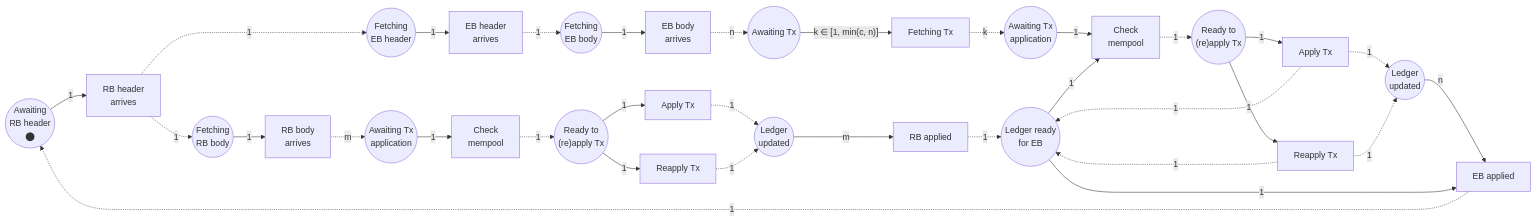
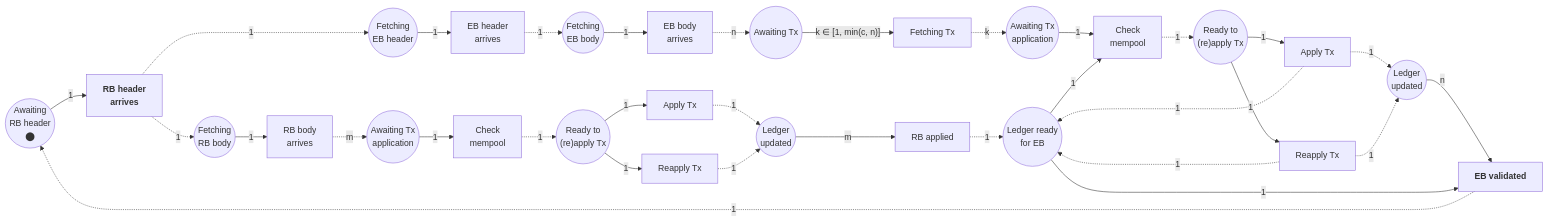
The first of 2 diagrams in analysis/deltaq/linear-leios-preliminaries.md (input-output-hk/ouroboros-leios), drawn with Mermaid before and after one commit. The commit also changed other lines of this file, not shown here.

Commit message:
Finished synopsis section

```diff
--- a/analysis/deltaq/linear-leios-preliminaries.md
+++ b/analysis/deltaq/linear-leios-preliminaries.md
@@ -49,9 +51,9 @@
     AwaitRH(("Awaiting
     RB header
     ⬤"))
-    ArriveRH["RB header
-    arrives"]
-
+    
+    ArriveRH["<strong>RB header
+    arrives</strong>"]
     AwaitRH --"1"--> ArriveRH
 
     FetchRB((Fetching
@@ -140,7 +142,7 @@
     ApplyEbTx -."1".-> LedgerEbTx
     ReapplyEbTx -."1".-> LedgerEbTx
 
-    ApplyEB["EB applied"]
+    ApplyEB["<strong>EB validated</strong>"]
     LedgerEbTx --"n"--> ApplyEB
     ReadyLedger --"1"--> ApplyEB
 
```
